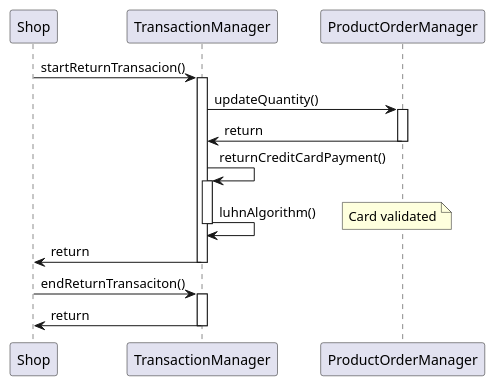
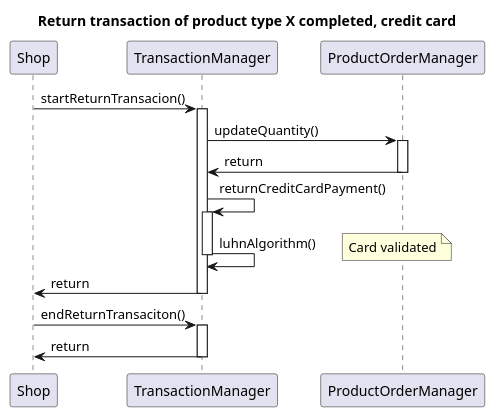
Diagram 13 of 14 in Deliverables/DesignDocument.md (nicolabattaglino/ezshop), drawn with PlantUML before and after one commit. The commit also changed other lines of this file, not shown here.

````diff
--- a/Deliverables/DesignDocument.md
+++ b/Deliverables/DesignDocument.md
@@ -610,21 +723,22 @@
 ```plantuml
 @startuml
+title Return transaction of product type X completed, credit card
 Shop -> TransactionManager: startReturnTransacion()
 activate TransactionManager
 TransactionManager -> ProductOrderManager: updateQuantity()
 activate ProductOrderManager
 ProductOrderManager -> TransactionManager: return
 deactivate ProductOrderManager
 TransactionManager -> TransactionManager:returnCreditCardPayment()
 activate TransactionManager
 TransactionManager -> TransactionManager: luhnAlgorithm()
 note right: Card validated
 deactivate TransactionManager 
 TransactionManager  -> Shop: return
 deactivate TransactionManager 
 Shop -> TransactionManager: endReturnTransaciton()
 activate TransactionManager
 TransactionManager -> Shop:return 
 deactivate TransactionManager 
 @enduml
 ```
````
